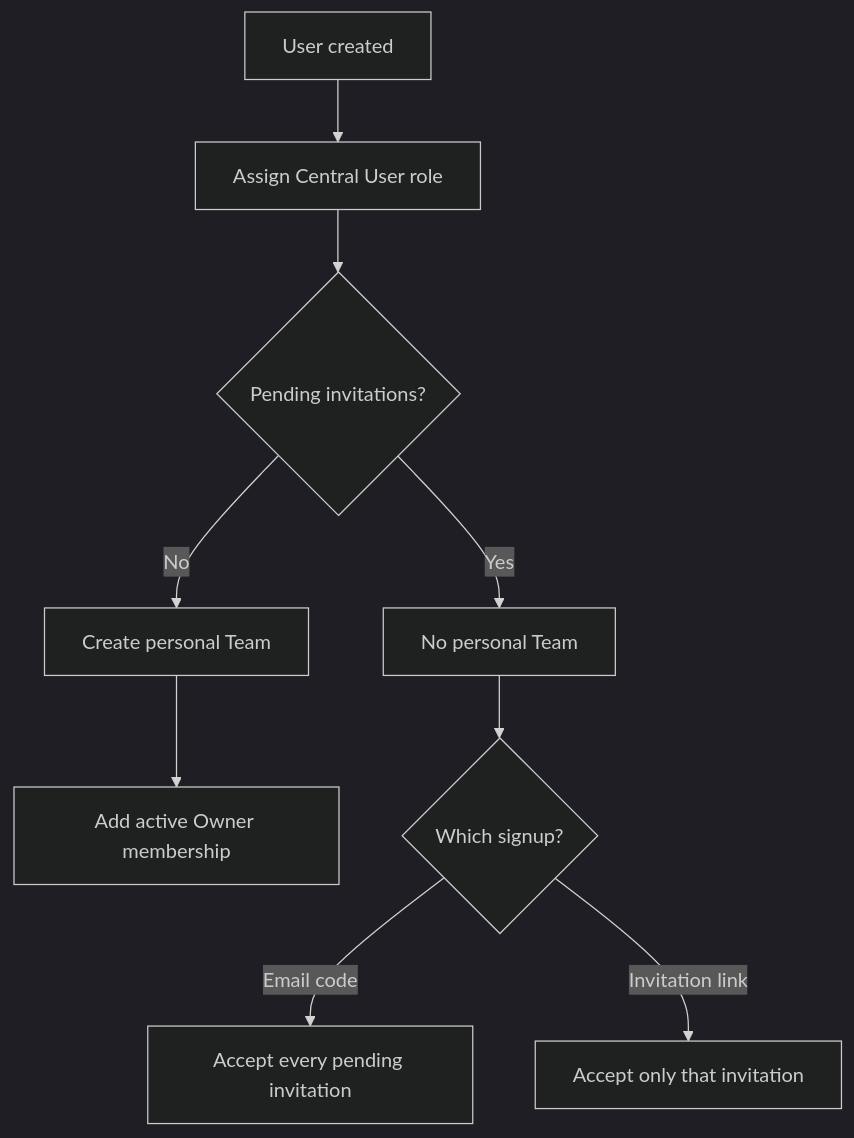
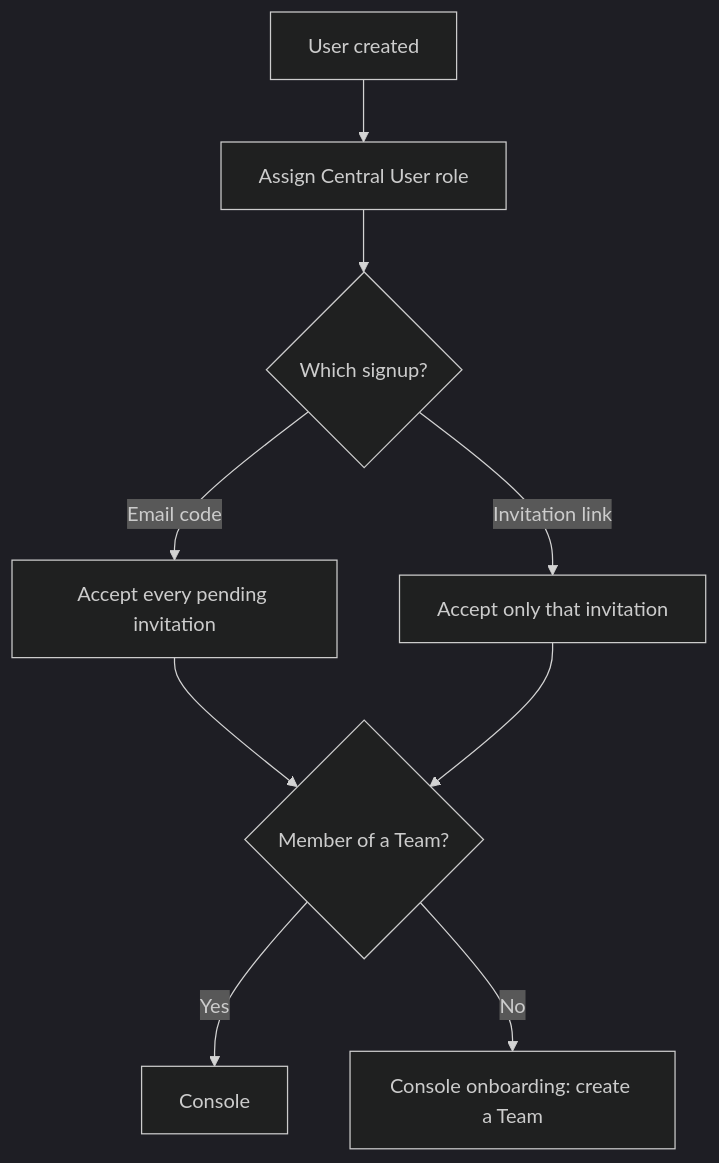
The third of 3 diagrams in spec/IAM.md (frappe/central), drawn with Mermaid (dark theme) before and after one commit. The commit also changed other lines of this file and 27 other files, not shown here.

First line of the commit message:
feat(teams): create the first team in console onboarding

````diff
--- a/spec/IAM.md
+++ b/spec/IAM.md
@@ -81,11 +81,11 @@
 ```mermaid
 flowchart TD
     U[User created] --> R[Assign Central User role]
-    R --> P{Pending invitations?}
-    P -->|Yes| S[No personal Team]
-    P -->|No| PT[Create personal Team]
-    PT --> OM[Add active Owner membership]
-    S --> V{Which signup?}
+    R --> V{Which signup?}
     V -->|Email code| A[Accept every pending invitation]
     V -->|Invitation link| ONE[Accept only that invitation]
+    A --> T{Member of a Team?}
+    ONE --> T
+    T -->|Yes| C[Console]
+    T -->|No| O[Console onboarding: create a Team]
 ```
````
